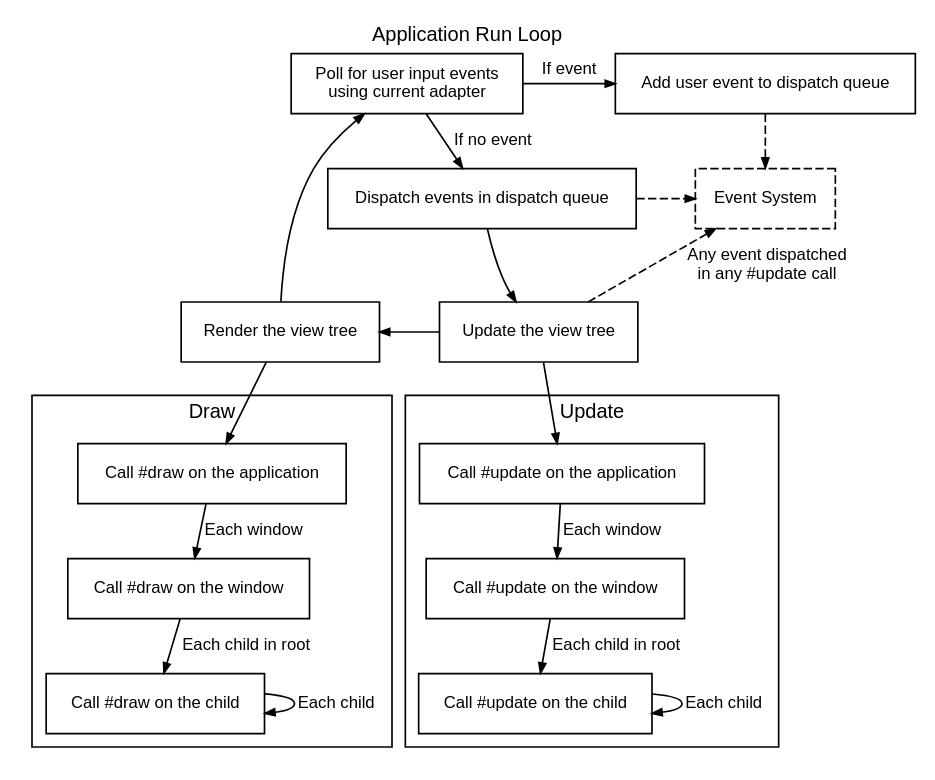
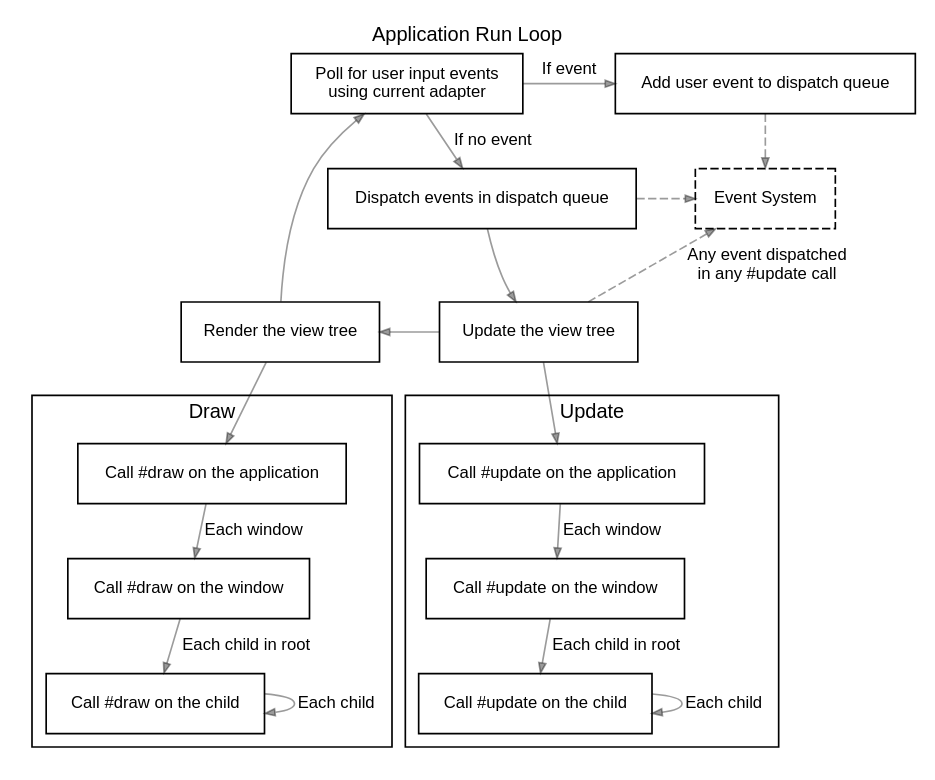
One commit to RyanScottLewis/cura changed the diagram in doc/graphs/Application Run Loop.dot. Above: the diagram before and after it, drawn with Graphviz. The commit also changed 15 other files, not shown here.

Commit message:
Add docs and graphs

```diff
--- a/doc/graphs/Application Run Loop.dot
+++ b/doc/graphs/Application Run Loop.dot
@@ -1,61 +1,61 @@
 digraph application_run_loop {
   label="Application Run Loop";
   labelloc="top";
   fontsize=12;
   fontname=Helvetica;
   ranksep=0.3;
   /*size="10,10";*/
   rankdir=TB;
 
   node[fontsize=10, fontname=Helvetica, shape=box];
-  edge[fontsize=10, fontname=Helvetica, arrowsize=0.6];
+  edge[fontsize=10, fontname=Helvetica, arrowsize=0.6, color="#00000064"];
 
   run_loop_poll [label="Poll for user input events\nusing current adapter"];
   run_loop_add_event [label="Add user event to dispatch queue"];
   run_loop_dispatch [label="Dispatch events in dispatch queue"];
   run_loop_update [label="Update the view tree"];
   run_loop_draw [label="Render the view tree"];
   event_system [label="Event System", style=dashed];
 
   run_loop_poll -> run_loop_add_event [label="If event"];
   run_loop_poll -> run_loop_dispatch [label="If no event"];
   run_loop_dispatch -> run_loop_update;
   run_loop_draw -> run_loop_update [dir=back]; // To go backwards, reversed nodes on edges and added dir=back
   run_loop_draw -> run_loop_poll;
 
   run_loop_add_event -> event_system [style=dashed];
   run_loop_dispatch -> event_system [style=dashed];
   run_loop_update -> event_system [label="Any event dispatched\nin any #update call", style=dashed, constraint=false];
 
   { rank=same; run_loop_poll; run_loop_add_event; }
   { rank=same; run_loop_update; run_loop_draw; }
   { rank=same; run_loop_dispatch; event_system; }
 
   // Update
   subgraph cluster_run_loop_update {
     label="Update";
 
     run_loop_update_application [label="Call #update on the application"];
     run_loop_update_window [label="Call #update on the window"];
     run_loop_update_child [label="Call #update on the child"];
 
     run_loop_update -> run_loop_update_application;
     run_loop_update_application -> run_loop_update_window [label="Each window"];
     run_loop_update_window -> run_loop_update_child [label="Each child in root"];
     run_loop_update_child -> run_loop_update_child [label="Each child"];
   }
 
   // Render
   subgraph cluster_run_loop_draw {
     label="Draw";
 
     run_loop_draw_application [label="Call #draw on the application"];
     run_loop_draw_window [label="Call #draw on the window"];
     run_loop_draw_child [label="Call #draw on the child"];
 
     run_loop_draw -> run_loop_draw_application;
     run_loop_draw_application -> run_loop_draw_window [label="Each window"];
     run_loop_draw_window -> run_loop_draw_child [label="Each child in root"];
     run_loop_draw_child -> run_loop_draw_child [label="Each child"];
   }
 }
```
